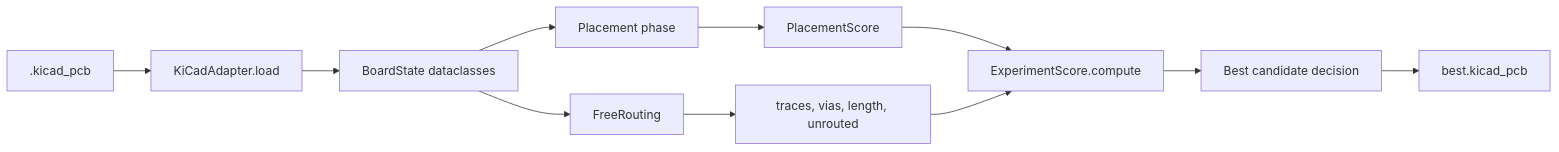
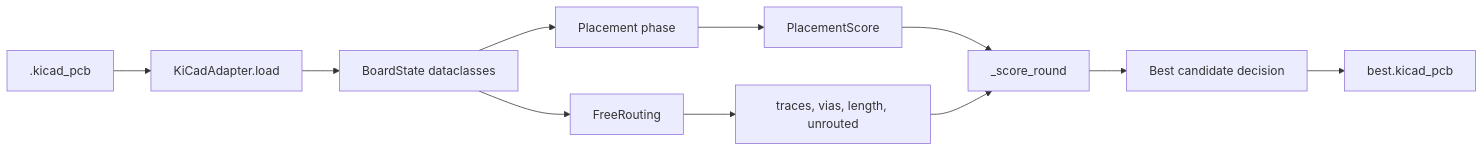
One commit to laforestlabs/LLUPS changed the second of 2 diagrams in docs/architecture.md. Above: the diagram before and after it, drawn with Mermaid. The commit also changed other lines of this file and 2 other files, not shown here.

````diff
--- a/docs/architecture.md
+++ b/docs/architecture.md
@@ -50,13 +50,13 @@
 ```mermaid
 flowchart LR
   kicadBoard[.kicad_pcb] --> adapterLoad[KiCadAdapter.load]
   adapterLoad --> boardState[BoardState dataclasses]
   boardState --> placementPhase[Placement phase]
   placementPhase --> placementMetrics[PlacementScore]
   boardState --> routingPhase[FreeRouting]
   routingPhase --> routingMetrics[traces, vias, length, unrouted]
-  placementMetrics --> expScore[ExperimentScore.compute]
+  placementMetrics --> expScore[_score_round]
   routingMetrics --> expScore
   expScore --> bestDecision[Best candidate decision]
   bestDecision --> bestBoard[best.kicad_pcb]
 ```
````
